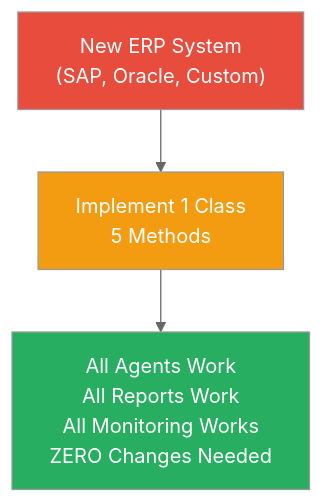
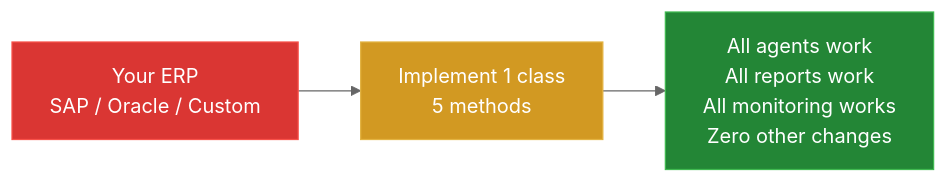
The ninth of 13 diagrams in README.md (santhoshkrishnan-M/SCM-connector), drawn with Mermaid (neutral theme) before and after one commit. The commit also changed other lines of this file, not shown here.

````diff
--- a/README.md
+++ b/README.md
@@ -627,9 +435,8 @@
 ```mermaid
-graph TB
-    NEW["New ERP System<br/>(SAP, Oracle, Custom)"] --> IMPL["Implement 1 Class<br/>5 Methods"]
-    IMPL --> DONE["All Agents Work<br/>All Reports Work<br/>All Monitoring Works<br/>ZERO Changes Needed"]
+graph LR
+    A["Your ERP<br/>SAP / Oracle / Custom"]:::red --> B["Implement 1 class<br/>5 methods"]:::orange --> C["All agents work<br/>All reports work<br/>All monitoring works<br/>Zero other changes"]:::green
 
-    style NEW fill:#e74c3c,color:#fff
-    style IMPL fill:#f39c12,color:#fff
-    style DONE fill:#27ae60,color:#fff
+    classDef red fill:#da3633,stroke:#f85149,color:#fff
+    classDef orange fill:#d29922,stroke:#e3b341,color:#fff
+    classDef green fill:#238636,stroke:#3fb950,color:#fff
 ```
````
